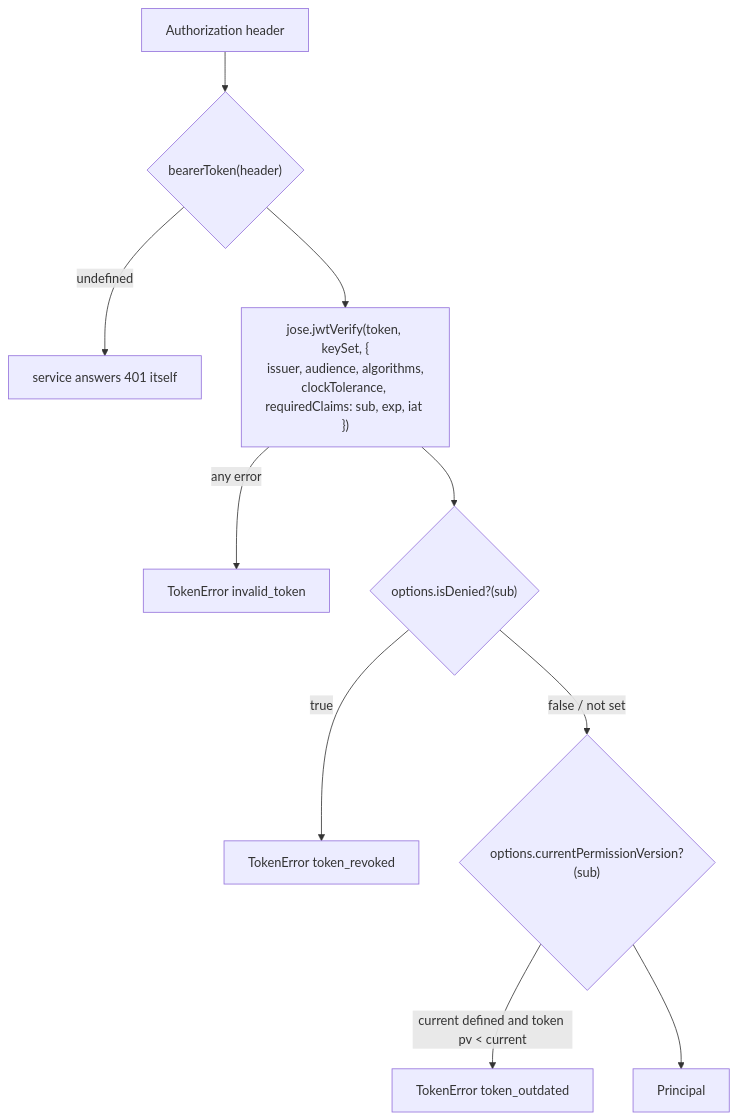
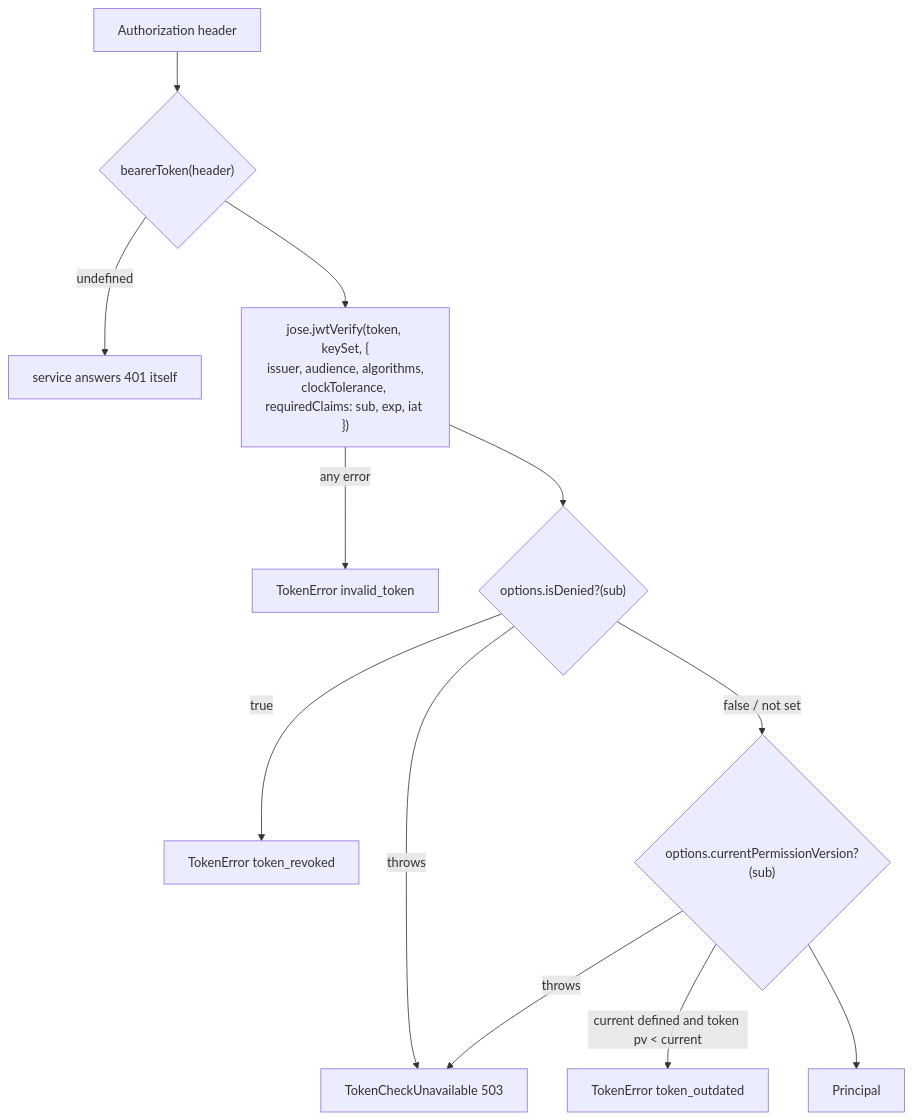
One commit to beab1212/Anbessa changed the diagram in libs/shared-authz/docs/tokens.md. Above: the diagram before and after it, drawn with Mermaid. The commit also changed other lines of this file and 82 other files, not shown here.

````diff
--- a/libs/shared-authz/docs/tokens.md
+++ b/libs/shared-authz/docs/tokens.md
@@ -11,12 +11,14 @@
 ```mermaid
 flowchart TD
   H["Authorization header"] --> B{"bearerToken(header)"}
   B -->|undefined| U[service answers 401 itself]
   B --> J["jose.jwtVerify(token, keySet, {<br/>issuer, audience, algorithms,<br/>clockTolerance, requiredClaims: sub, exp, iat })"]
   J -->|any error| E1["TokenError invalid_token"]
   J --> D{"options.isDenied?(sub)"}
   D -->|true| E2["TokenError token_revoked"]
+  D -->|throws| E4["TokenCheckUnavailable 503"]
   D -->|false / not set| PV{"options.currentPermissionVersion?(sub)"}
   PV -->|"current defined and token pv < current"| E3["TokenError token_outdated"]
+  PV -->|throws| E4
   PV --> P["Principal"]
 ```
````
